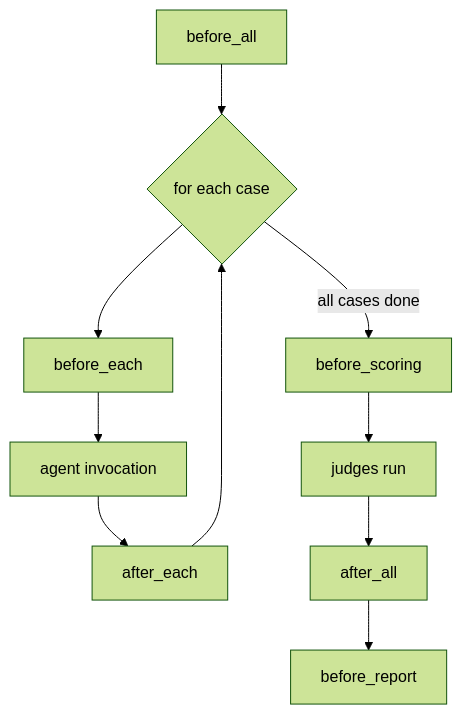
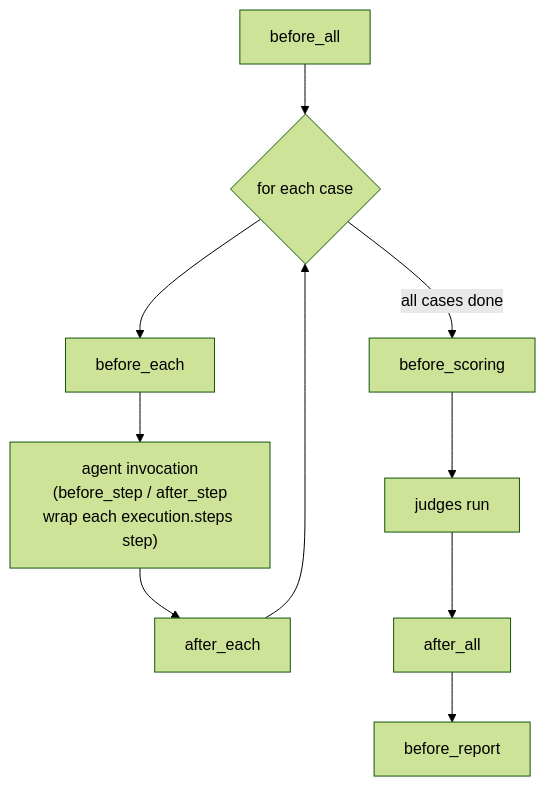
Before and after one commit to opendatahub-io/agent-eval-harness: the diagram in website/reference/config/hooks.md, drawn with Mermaid (forest theme). The commit also changed other lines of this file and 24 other files, not shown here.

````diff
--- a/website/reference/config/hooks.md
+++ b/website/reference/config/hooks.md
@@ -16,12 +16,12 @@
 ```mermaid
 flowchart TD
     A[before_all] --> B{for each case}
     B --> C[before_each]
-    C --> D[agent invocation]
+    C --> D["agent invocation<br/>(before_step / after_step<br/>wrap each execution.steps step)"]
     D --> E[after_each]
     E --> B
     B -->|all cases done| F[before_scoring]
     F --> G[judges run]
     G --> H[after_all]
     H --> R[before_report]
 ```
````
